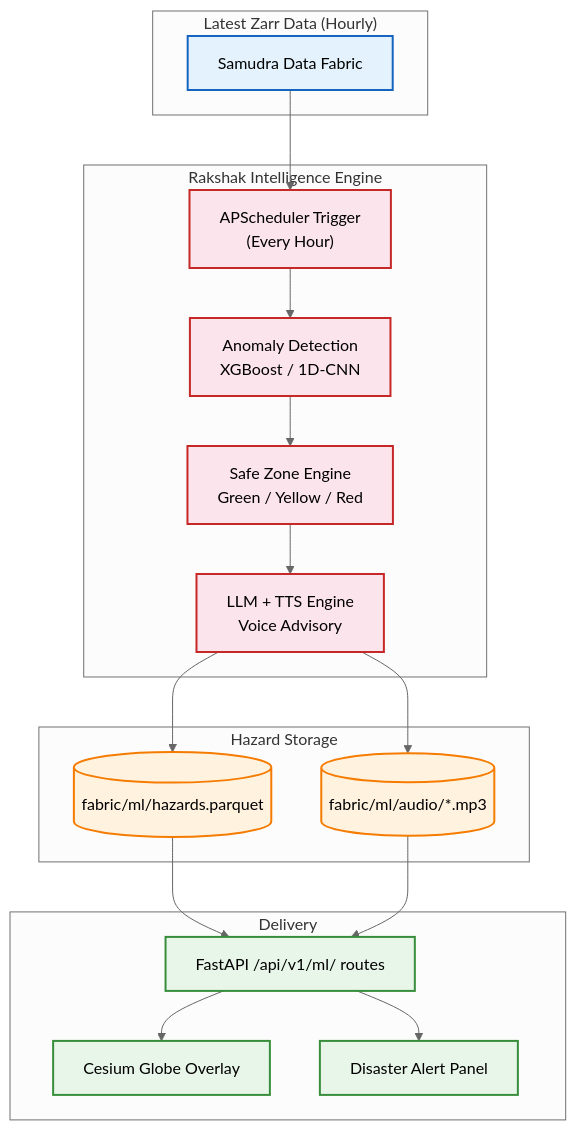
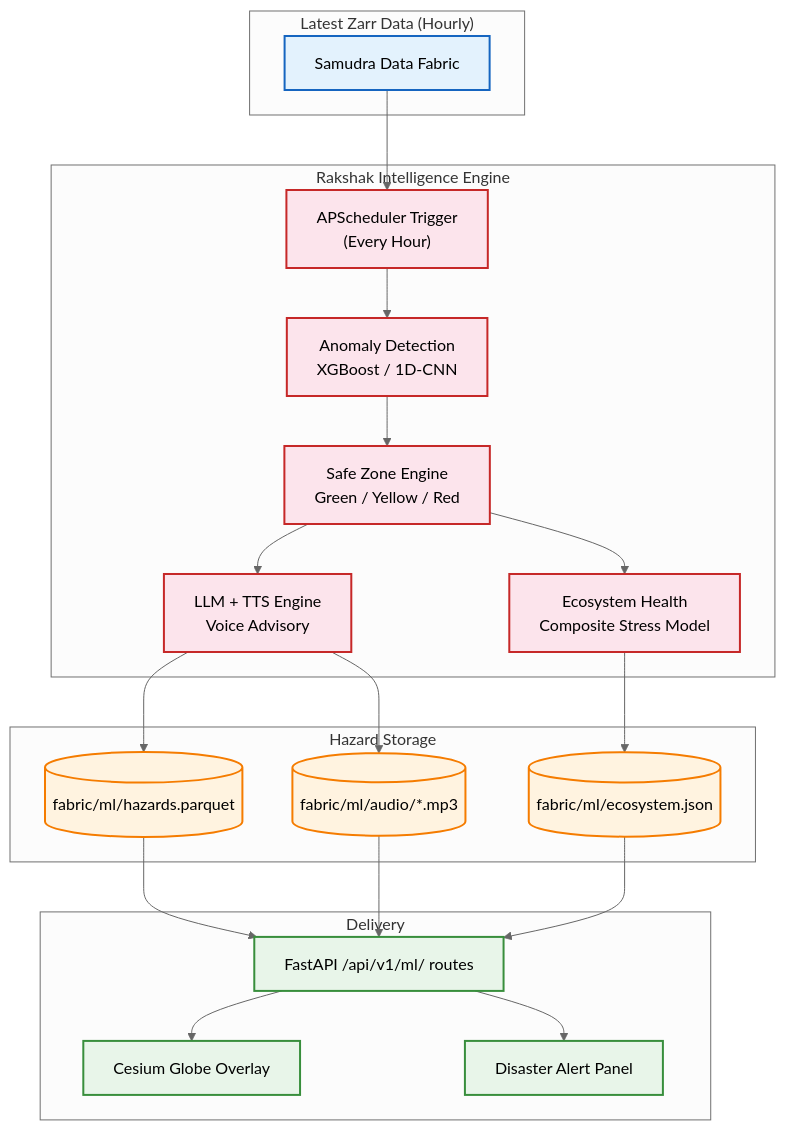
Before and after one commit to DNA-Coded/Leher-SIH: the third of 3 diagrams in LeherGuide.md, drawn with Mermaid (neutral theme). The commit also changed other lines of this file, not shown here.

Commit message:
docs: Update architecture diagram and add section for Marine Ecosystem Health Engine

````diff
--- a/LeherGuide.md
+++ b/LeherGuide.md
@@ -1430,44 +1430,49 @@
 ```mermaid
 graph TD
     subgraph Input["Latest Zarr Data (Hourly)"]
         DATA[Samudra Data Fabric]
     end
 
     subgraph Rakshak["Rakshak Intelligence Engine"]
         SCAN["APScheduler Trigger<br/>(Every Hour)"]
         DETECT["Anomaly Detection<br/>XGBoost / 1D-CNN"]
         ZONE["Safe Zone Engine<br/>Green / Yellow / Red"]
         LLM["LLM + TTS Engine<br/>Voice Advisory"]
+        ECO["Ecosystem Health<br/>Composite Stress Model"]
 
         SCAN --> DETECT --> ZONE --> LLM
+        ZONE --> ECO
     end
 
     subgraph Storage["Hazard Storage"]
         PARQ[("fabric/ml/hazards.parquet")]
         AUDIO[("fabric/ml/audio/*.mp3")]
+        ECOJSON[("fabric/ml/ecosystem.json")]
     end
 
     subgraph Output["Delivery"]
         APIML[FastAPI /api/v1/ml/ routes]
         GLOBE[Cesium Globe Overlay]
         PANEL[Disaster Alert Panel]
     end
 
     DATA --> SCAN
     LLM --> PARQ
     LLM --> AUDIO
+    ECO --> ECOJSON
     PARQ --> APIML
     AUDIO --> APIML
+    ECOJSON --> APIML
     APIML --> GLOBE
     APIML --> PANEL
 
     classDef input fill:#e3f2fd,stroke:#1565c0,stroke-width:2px;
     classDef engine fill:#fce4ec,stroke:#c62828,stroke-width:2px;
     classDef store fill:#fff3e0,stroke:#f57c00,stroke-width:2px;
     classDef output fill:#e8f5e9,stroke:#388e3c,stroke-width:2px;
 
     class DATA input;
-    class SCAN,DETECT,ZONE,LLM engine;
-    class PARQ,AUDIO store;
+    class SCAN,DETECT,ZONE,LLM,ECO engine;
+    class PARQ,AUDIO,ECOJSON store;
     class APIML,GLOBE,PANEL output;
 ```
````
